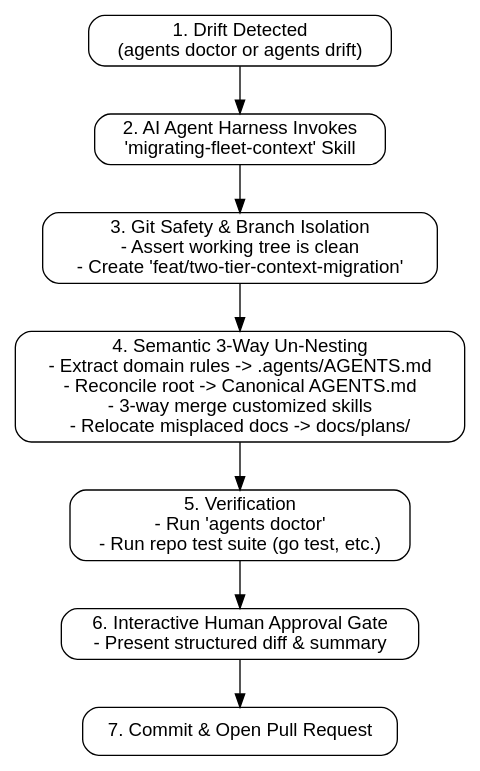
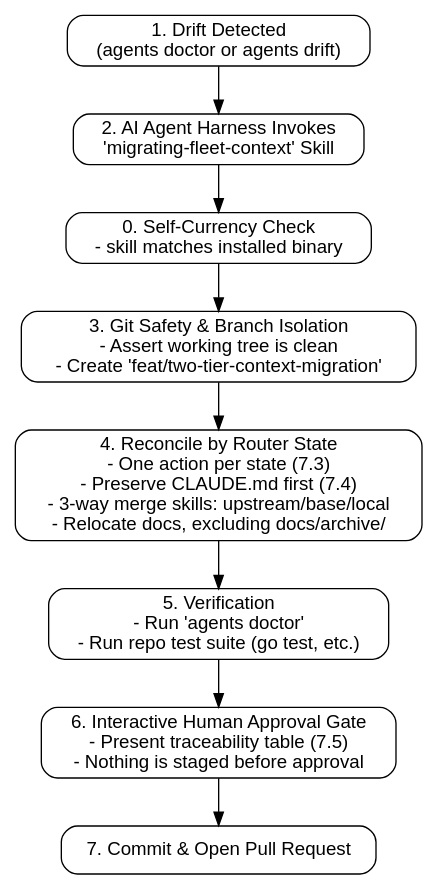
One commit to nilbot/dotfiles changed the diagram in docs/design/2026-08-29-two-tier-context-and-llm-migration-architecture.md. Above: the diagram before and after it, drawn with Graphviz. The commit also changed other lines of this file and 3 other files, not shown here.

````diff
--- a/docs/design/2026-08-29-two-tier-context-and-llm-migration-architecture.md
+++ b/docs/design/2026-08-29-two-tier-context-and-llm-migration-architecture.md
@@ -207,15 +233,16 @@
 ```dot
 digraph model_a_migration {
     node [shape=box, style=rounded, fontname="Helvetica"];
     
     A [label="1. Drift Detected\n(agents doctor or agents drift)"];
+    A0 [label="0. Self-Currency Check\n- skill matches installed binary"];
     B [label="2. AI Agent Harness Invokes\n'migrating-fleet-context' Skill"];
     C [label="3. Git Safety & Branch Isolation\n- Assert working tree is clean\n- Create 'feat/two-tier-context-migration'"];
-    D [label="4. Semantic 3-Way Un-Nesting\n- Extract domain rules -> .agents/AGENTS.md\n- Reconcile root -> Canonical AGENTS.md\n- 3-way merge customized skills\n- Relocate misplaced docs -> docs/plans/"];
+    D [label="4. Reconcile by Router State\n- One action per state (7.3)\n- Preserve CLAUDE.md first (7.4)\n- 3-way merge skills: upstream/base/local\n- Relocate docs, excluding docs/archive/"];
     E [label="5. Verification\n- Run 'agents doctor'\n- Run repo test suite (go test, etc.)"];
-    F [label="6. Interactive Human Approval Gate\n- Present structured diff & summary"];
+    F [label="6. Interactive Human Approval Gate\n- Present traceability table (7.5)\n- Nothing is staged before approval"];
     G [label="7. Commit & Open Pull Request"];
 
-    A -> B -> C -> D -> E -> F -> G;
+    A -> B -> A0 -> C -> D -> E -> F -> G;
 }
 ```
````
